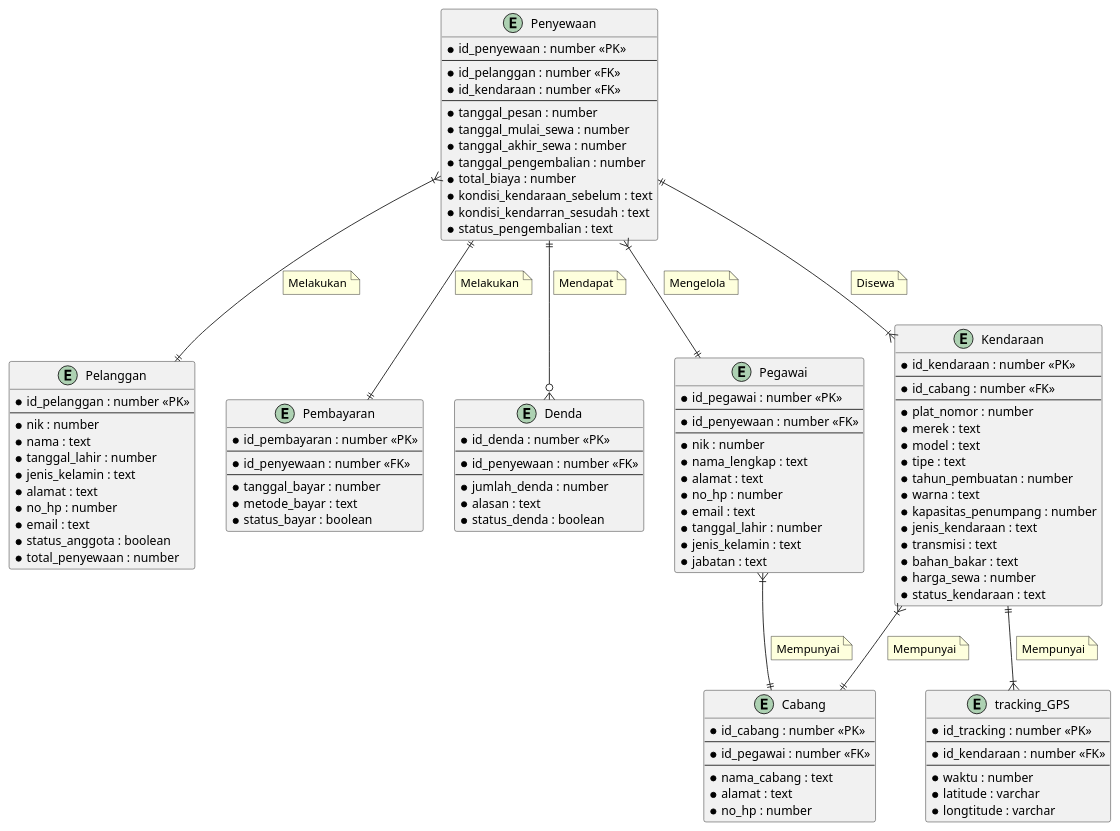
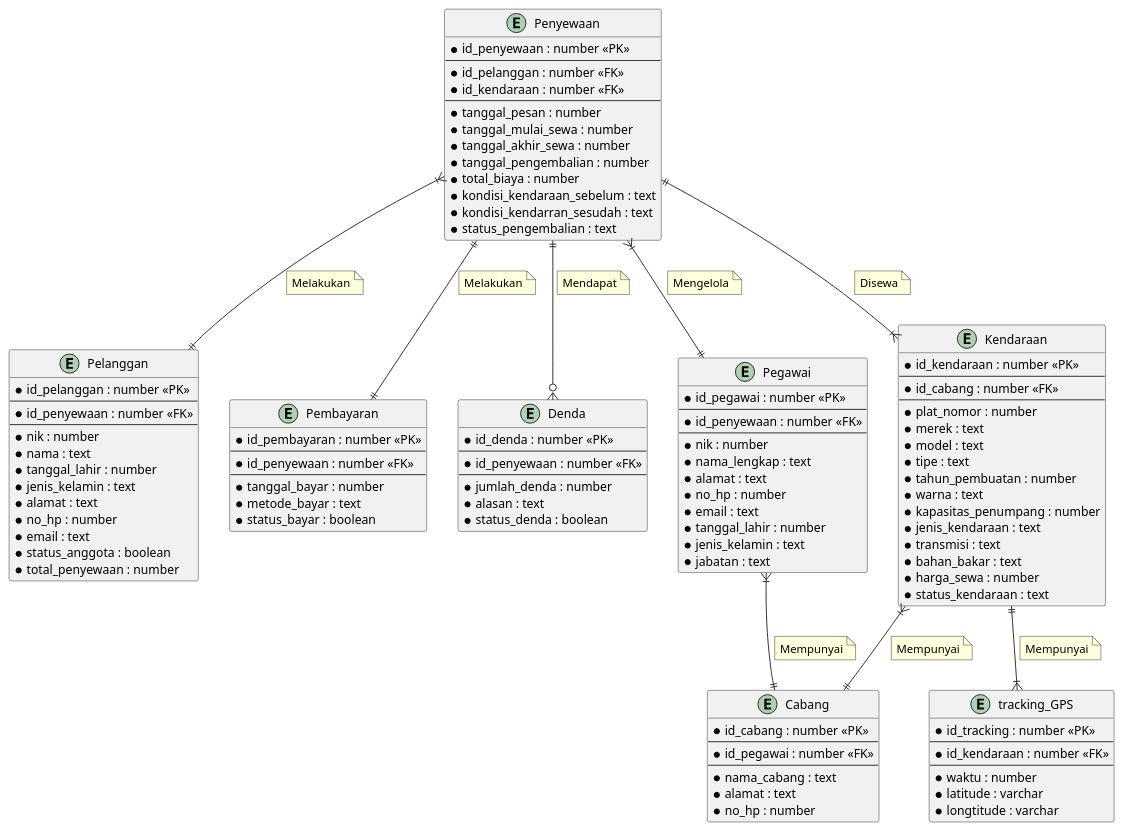
One commit to didanannasai/rental-kendaraan changed the diagram in rental_kendaraan.puml. Above: the diagram before and after it, drawn with PlantUML.

Commit message:
perubahan id_penyewaan di entity pelanggan

```diff
--- a/rental_kendaraan.puml
+++ b/rental_kendaraan.puml
@@ -1,143 +1,145 @@
 @startuml
 
 entity Penyewaan {
     *id_penyewaan : number <<PK>>
     --
     *id_pelanggan : number <<FK>>
     *id_kendaraan : number <<FK>>
     --
     *tanggal_pesan : number
     *tanggal_mulai_sewa : number
     *tanggal_akhir_sewa : number
     *tanggal_pengembalian : number
     *total_biaya : number
     *kondisi_kendaraan_sebelum : text
     *kondisi_kendarran_sesudah : text
     *status_pengembalian : text
 }
 
 entity Pelanggan {
     *id_pelanggan : number <<PK>>
+    --
+    *id_penyewaan : number <<FK>>
     --
     *nik : number
     *nama : text
     *tanggal_lahir : number
     *jenis_kelamin : text
     *alamat : text
     *no_hp : number
     *email : text
     *status_anggota : boolean
     *total_penyewaan : number
 }
 
 entity Pembayaran {
     *id_pembayaran : number <<PK>>
     --
     *id_penyewaan : number <<FK>>
     --
     *tanggal_bayar : number
     *metode_bayar : text
     *status_bayar : boolean
 }
 
 entity Denda {
     *id_denda : number <<PK>>
     --
     *id_penyewaan : number <<FK>>
     --
     *jumlah_denda : number
     *alasan : text
     *status_denda : boolean
 }
 
 entity Pegawai {
     *id_pegawai : number <<PK>>
     --
     *id_penyewaan : number <<FK>>
     --
     *nik : number
     *nama_lengkap : text
     *alamat : text
     *no_hp : number
     *email : text
     *tanggal_lahir : number
     *jenis_kelamin : text
     *jabatan : text
 }
 
 entity Kendaraan {
     *id_kendaraan : number <<PK>>
     --
     *id_cabang : number <<FK>>
     --
     *plat_nomor : number
     *merek : text
     *model : text
     *tipe : text
     *tahun_pembuatan : number
     *warna : text
     *kapasitas_penumpang : number
     *jenis_kendaraan : text
     *transmisi : text
     *bahan_bakar : text
     *harga_sewa : number
     *status_kendaraan : text
 }
 
 entity Cabang {
     *id_cabang : number <<PK>>
     --
     *id_pegawai : number <<FK>>
     --
     *nama_cabang : text
     *alamat : text
     *no_hp : number
 }
 
 entity tracking_GPS {
     *id_tracking : number <<PK>>
     --
     *id_kendaraan : number <<FK>>
     --
     *waktu : number
     *latitude : varchar
     *longtitude : varchar
 }
 
 Penyewaan }|--|| Pelanggan
 note on link
     Melakukan
 end note
 Penyewaan ||--|| Pembayaran
 note on link
     Melakukan
 end note
 Penyewaan ||--o{ Denda
 note on link
     Mendapat
 end note
 Penyewaan ||--|{ Kendaraan
 note on link
     Disewa
 end note
 Penyewaan }|--|| Pegawai
 note on link
     Mengelola
 end note
 
 Kendaraan }|--|| Cabang
 note on link
     Mempunyai
 end note
 Kendaraan ||--|{ tracking_GPS
 note on link
     Mempunyai
 end note
 
 Pegawai }|--|| Cabang
 note on link
     Mempunyai
 end note
 
 
 @enduml
```
